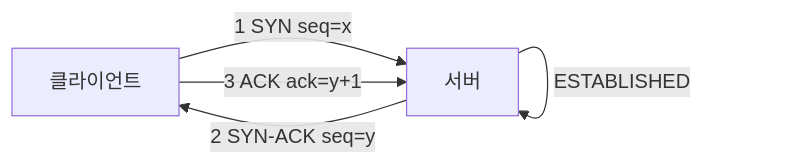
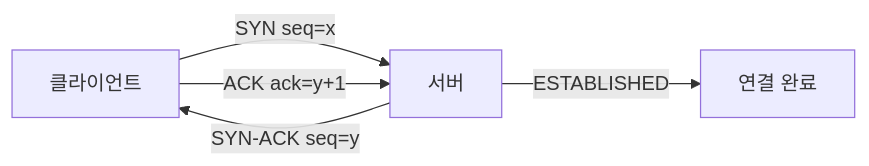
Before and after one commit to yjkim2015/yjkim2015.github.io: the first of 6 diagrams in _posts/network/2026-05-03-tcp-udp-deep.md, drawn with Mermaid. The commit also changed other lines of this file and 4 other files, not shown here.

````diff
--- a/_posts/network/2026-05-03-tcp-udp-deep.md
+++ b/_posts/network/2026-05-03-tcp-udp-deep.md
@@ -59,7 +98,7 @@
 ```mermaid
 graph LR
-    C["클라이언트"] -->|"1 SYN seq=x"| S["서버"]
-    S -->|"2 SYN-ACK seq=y"| C
-    C -->|"3 ACK ack=y+1"| S
-    S -->|"ESTABLISHED"| S
+    C["클라이언트"] -->|"SYN seq=x"| S["서버"]
+    S -->|"SYN-ACK seq=y"| C
+    C -->|"ACK ack=y+1"| S
+    S -->|"ESTABLISHED"| E["연결 완료"]
 ```
````
